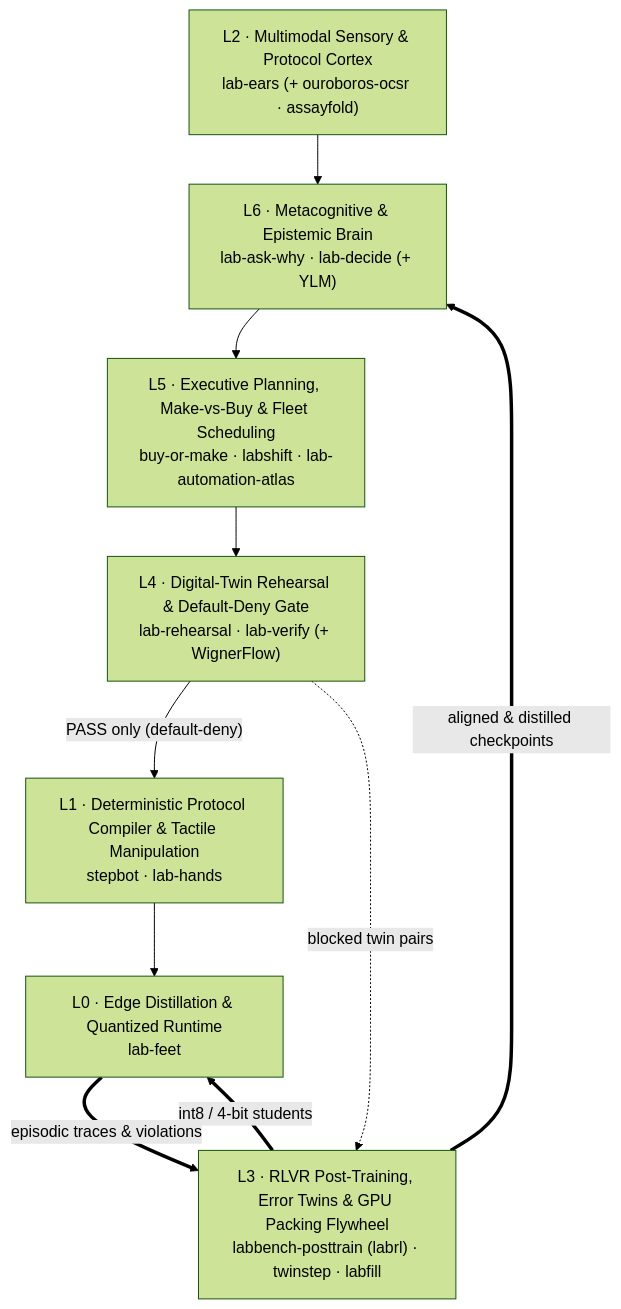
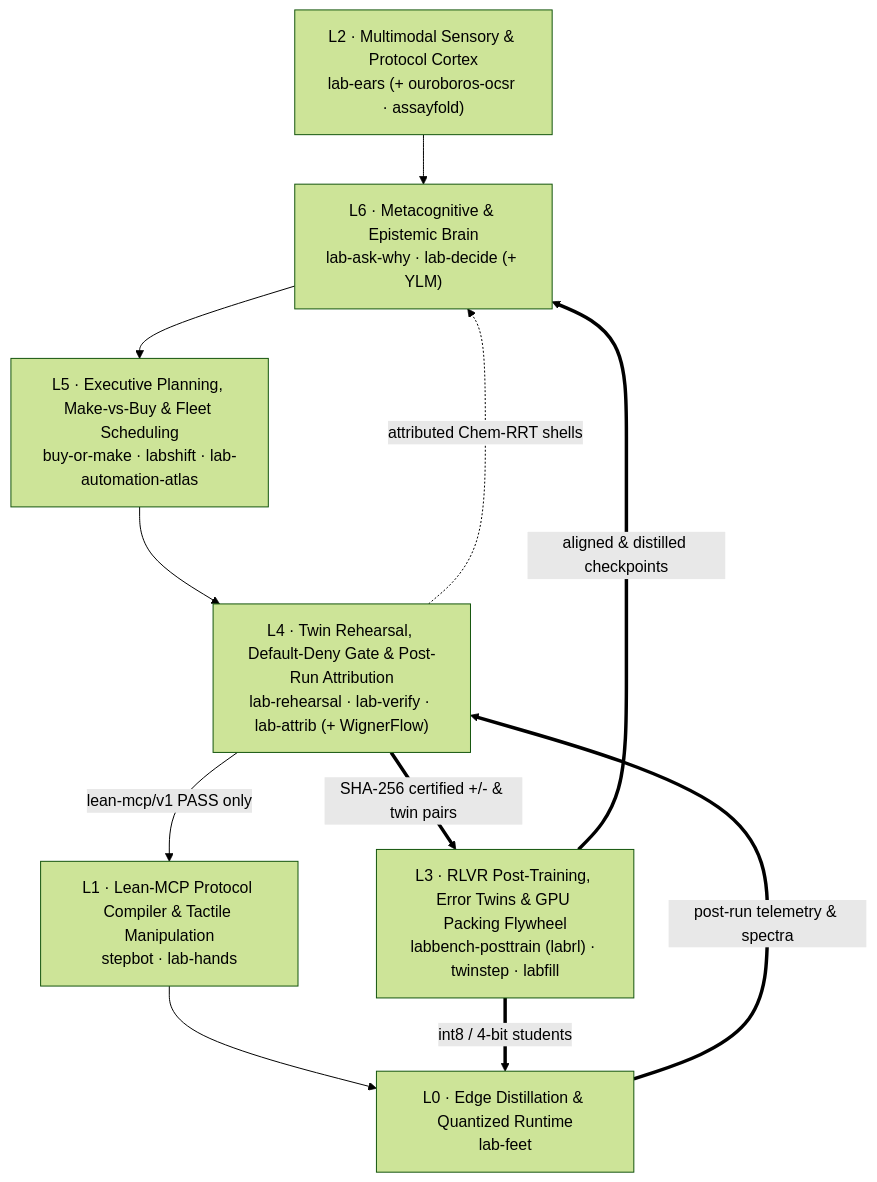
Before and after one commit to yaniguan/auto-lab: the diagram in README.md, drawn with Mermaid (forest theme). The commit also changed other lines of this file and 18 other files, not shown here.

Commit message:
feat(hub,pages): deeply integrate lab-attrib across README mermaid, docs, closed-loop workbench, robot sketch, and 15-repo pages

````diff
--- a/README.md
+++ b/README.md
@@ -33,20 +33,21 @@
 ```mermaid
 flowchart TB
     L6["L6 · Metacognitive & Epistemic Brain<br/>lab-ask-why · lab-decide (+ YLM)"]
     L5["L5 · Executive Planning, Make-vs-Buy & Fleet Scheduling<br/>buy-or-make · labshift · lab-automation-atlas"]
-    L4["L4 · Digital-Twin Rehearsal & Default-Deny Gate<br/>lab-rehearsal · lab-verify (+ WignerFlow)"]
+    L4["L4 · Twin Rehearsal, Default-Deny Gate & Post-Run Attribution<br/>lab-rehearsal · lab-verify · lab-attrib (+ WignerFlow)"]
     L2["L2 · Multimodal Sensory & Protocol Cortex<br/>lab-ears (+ ouroboros-ocsr · assayfold)"]
-    L1["L1 · Deterministic Protocol Compiler & Tactile Manipulation<br/>stepbot · lab-hands"]
+    L1["L1 · Lean-MCP Protocol Compiler & Tactile Manipulation<br/>stepbot · lab-hands"]
     L0["L0 · Edge Distillation & Quantized Runtime<br/>lab-feet"]
     L3["L3 · RLVR Post-Training, Error Twins & GPU Packing Flywheel<br/>labbench-posttrain (labrl) · twinstep · labfill"]
 
     L2 --> L6
     L6 --> L5
     L5 --> L4
-    L4 -- "PASS only (default-deny)" --> L1
+    L4 -- "lean-mcp/v1 PASS only" --> L1
     L1 --> L0
-    L0 == "episodic traces & violations" ==> L3
-    L4 -. "blocked twin pairs" .-> L3
+    L0 == "post-run telemetry & spectra" ==> L4
+    L4 == "SHA-256 certified +/- & twin pairs" ==> L3
+    L4 -. "attributed Chem-RRT shells" .-> L6
     L3 == "aligned & distilled checkpoints" ==> L6
     L3 == "int8 / 4-bit students" ==> L0
 ```
````
